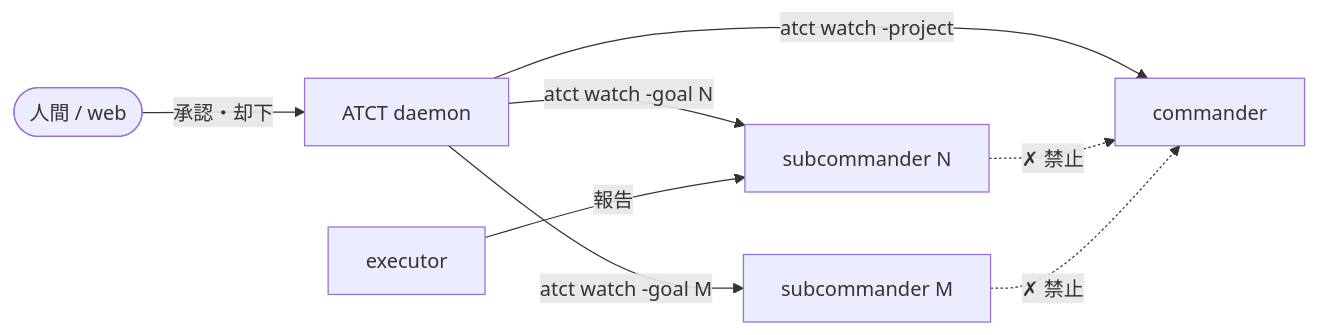
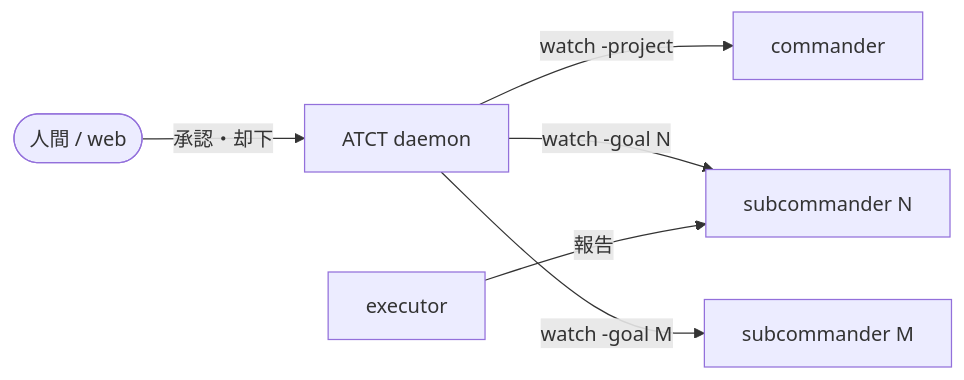
One commit to michiomochi/atct changed the second of 2 diagrams in doc/execution-flow.md. Above: the diagram before and after it, drawn with Mermaid. The commit also changed other lines of this file, not shown here.

First line of the commit message:
docs: rewrite the flow as the target, not the current state

````diff
--- a/doc/execution-flow.md
+++ b/doc/execution-flow.md
@@ -329,10 +240,8 @@
 ```mermaid
 flowchart LR
-    A[ATCT daemon] -->|atct watch -project| C[commander]
-    A -->|atct watch -goal N| S1[subcommander N]
-    A -->|atct watch -goal M| S2[subcommander M]
+    A[ATCT daemon] -->|watch -project| C[commander]
+    A -->|watch -goal N| S1[subcommander N]
+    A -->|watch -goal M| S2[subcommander M]
     H([人間 / web]) -->|承認・却下| A
-    S1 -.->|✗ 禁止| C
-    S2 -.->|✗ 禁止| C
     E[executor] -->|報告| S1
 ```
````
